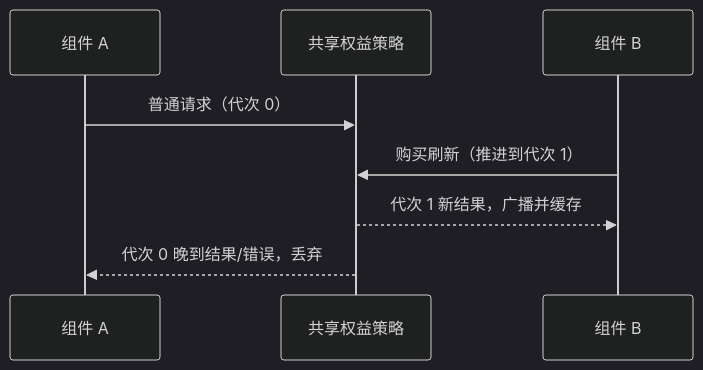
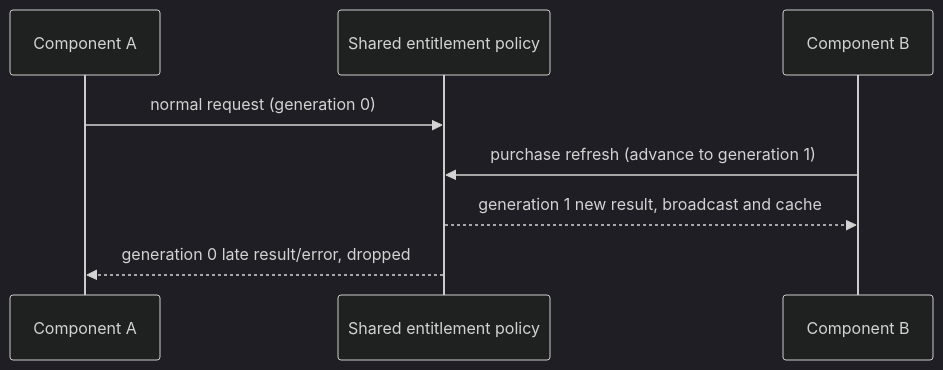
The diagram in docs/coding-plan-context-usage.md (osben/ZCode), drawn with Mermaid (dark theme) before and after one commit. The commit also changed other lines of this file and 22 other files, not shown here.

````diff
--- a/docs/coding-plan-context-usage.md
+++ b/docs/coding-plan-context-usage.md
@@ -96,10 +168,10 @@
 ```mermaid
 sequenceDiagram
-    participant A as 组件 A
-    participant S as 共享权益策略
-    participant B as 组件 B
-    A->>S: 普通请求（代次 0）
-    B->>S: 购买刷新（推进到代次 1）
-    S-->>B: 代次 1 新结果，广播并缓存
-    S-->>A: 代次 0 晚到结果/错误，丢弃
+    participant A as Component A
+    participant S as Shared entitlement policy
+    participant B as Component B
+    A->>S: normal request (generation 0)
+    B->>S: purchase refresh (advance to generation 1)
+    S-->>B: generation 1 new result, broadcast and cache
+    S-->>A: generation 0 late result/error, dropped
 ```
````
